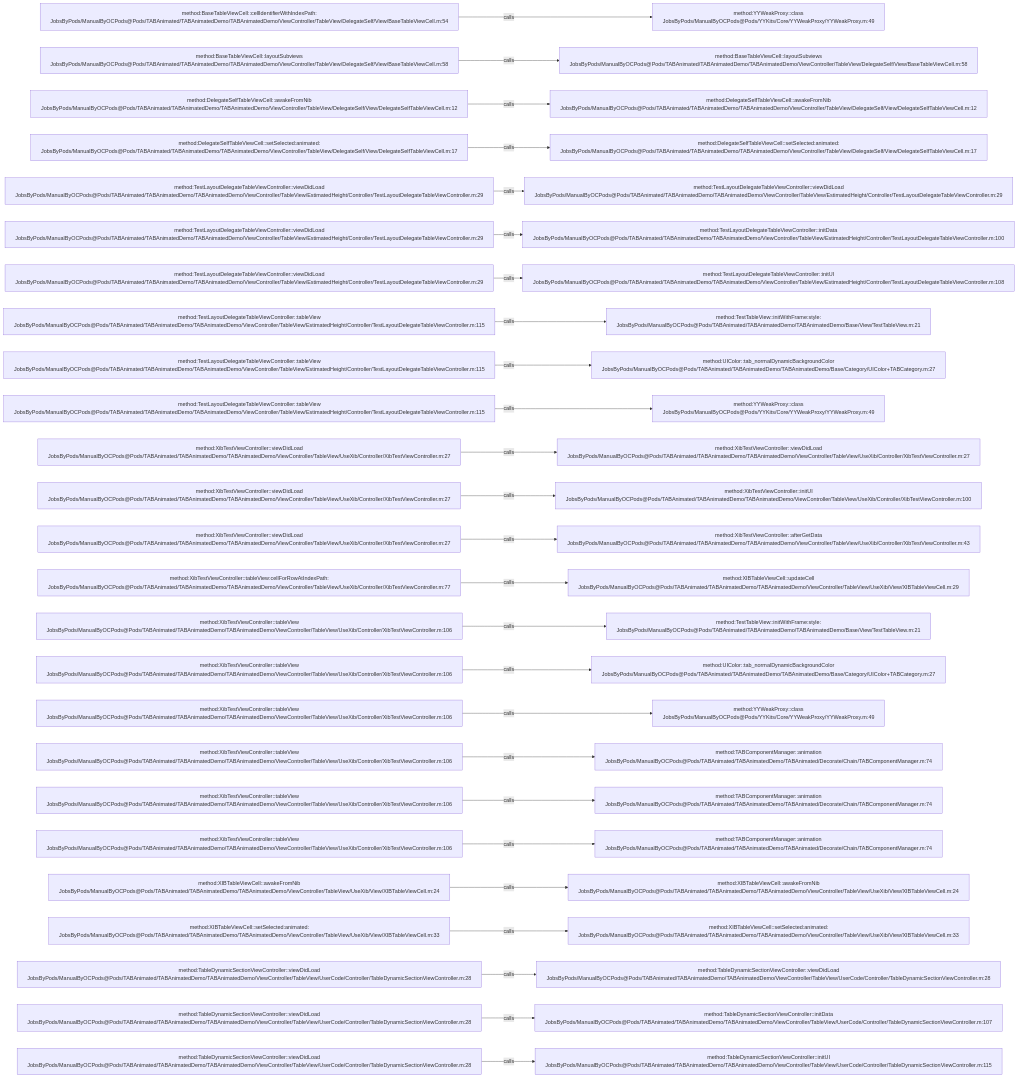
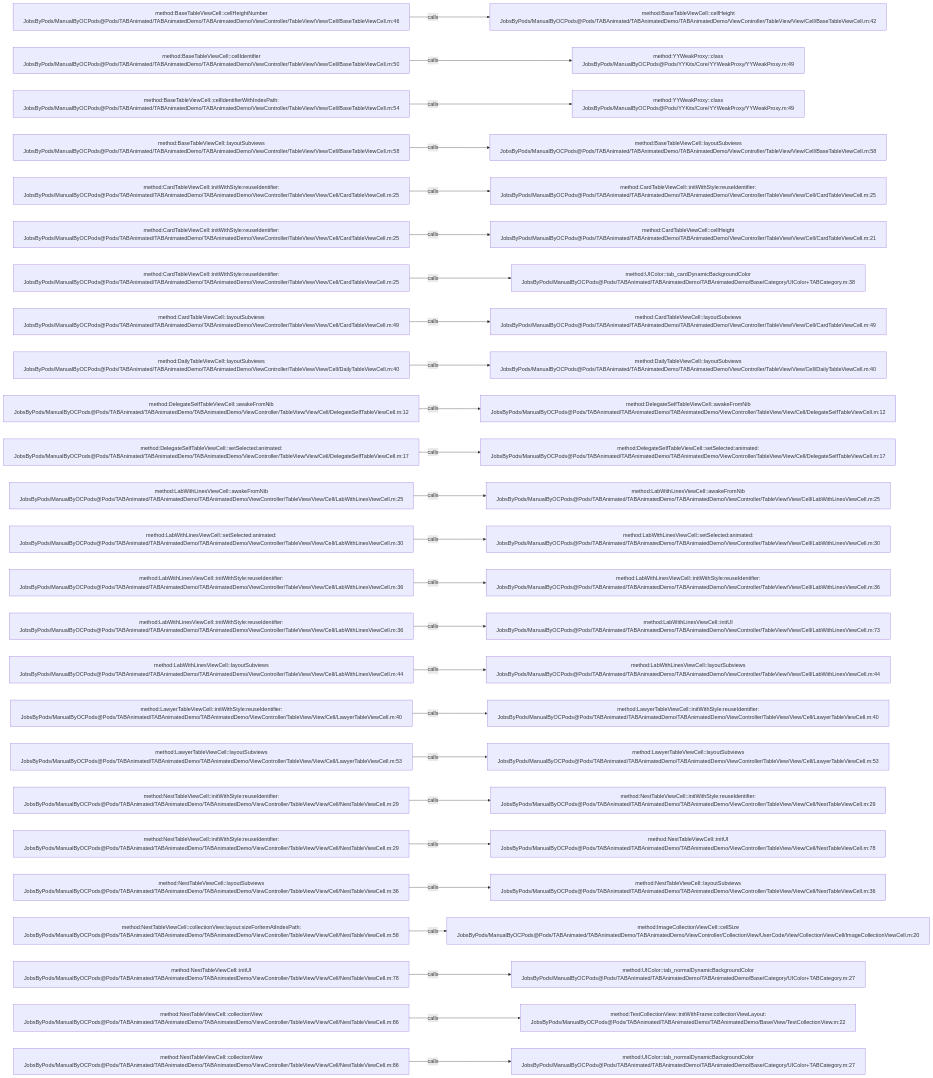
The diagram in .codegraph/codegraph.md/graphs/calls-065.md (JobsKits/JobsOCBaseConfigDemo), drawn with Mermaid before and after one commit. The commit also changed 1353 other files, not shown here.

````diff
--- a/.codegraph/codegraph.md/graphs/calls-065.md
+++ b/.codegraph/codegraph.md/graphs/calls-065.md
@@ -13,78 +13,78 @@
 ```mermaid
 flowchart LR
-  S1["method:BaseTableViewCell::cellIdentifierWithIndexPath:<br/>JobsByPods/ManualByOCPods@Pods/TABAnimated/TABAnimatedDemo/TABAnimatedDemo/ViewController/TableView/DelegateSelf/View/BaseTableViewCell.m:54"]
-  T1["method:YYWeakProxy::class<br/>JobsByPods/ManualByOCPods@Pods/YYKits/Core/YYWeakProxy/YYWeakProxy.m:49"]
+  S1["method:BaseTableViewCell::cellHeightNumber<br/>JobsByPods/ManualByOCPods@Pods/TABAnimated/TABAnimatedDemo/TABAnimatedDemo/ViewController/TableView/View/Cell/BaseTableViewCell.m:46"]
+  T1["method:BaseTableViewCell::cellHeight<br/>JobsByPods/ManualByOCPods@Pods/TABAnimated/TABAnimatedDemo/TABAnimatedDemo/ViewController/TableView/View/Cell/BaseTableViewCell.m:42"]
   S1 -->|calls| T1
-  S2["method:BaseTableViewCell::layoutSubviews<br/>JobsByPods/ManualByOCPods@Pods/TABAnimated/TABAnimatedDemo/TABAnimatedDemo/ViewController/TableView/DelegateSelf/View/BaseTableViewCell.m:58"]
-  T2["method:BaseTableViewCell::layoutSubviews<br/>JobsByPods/ManualByOCPods@Pods/TABAnimated/TABAnimatedDemo/TABAnimatedDemo/ViewController/TableView/DelegateSelf/View/BaseTableViewCell.m:58"]
+  S2["method:BaseTableViewCell::cellIdentifier<br/>JobsByPods/ManualByOCPods@Pods/TABAnimated/TABAnimatedDemo/TABAnimatedDemo/ViewController/TableView/View/Cell/BaseTableViewCell.m:50"]
+  T2["method:YYWeakProxy::class<br/>JobsByPods/ManualByOCPods@Pods/YYKits/Core/YYWeakProxy/YYWeakProxy.m:49"]
   S2 -->|calls| T2
-  S3["method:DelegateSelfTableViewCell::awakeFromNib<br/>JobsByPods/ManualByOCPods@Pods/TABAnimated/TABAnimatedDemo/TABAnimatedDemo/ViewController/TableView/DelegateSelf/View/DelegateSelfTableViewCell.m:12"]
-  T3["method:DelegateSelfTableViewCell::awakeFromNib<br/>JobsByPods/ManualByOCPods@Pods/TABAnimated/TABAnimatedDemo/TABAnimatedDemo/ViewController/TableView/DelegateSelf/View/DelegateSelfTableViewCell.m:12"]
+  S3["method:BaseTableViewCell::cellIdentifierWithIndexPath:<br/>JobsByPods/ManualByOCPods@Pods/TABAnimated/TABAnimatedDemo/TABAnimatedDemo/ViewController/TableView/View/Cell/BaseTableViewCell.m:54"]
+  T3["method:YYWeakProxy::class<br/>JobsByPods/ManualByOCPods@Pods/YYKits/Core/YYWeakProxy/YYWeakProxy.m:49"]
   S3 -->|calls| T3
-  S4["method:DelegateSelfTableViewCell::setSelected:animated:<br/>JobsByPods/ManualByOCPods@Pods/TABAnimated/TABAnimatedDemo/TABAnimatedDemo/ViewController/TableView/DelegateSelf/View/DelegateSelfTableViewCell.m:17"]
-  T4["method:DelegateSelfTableViewCell::setSelected:animated:<br/>JobsByPods/ManualByOCPods@Pods/TABAnimated/TABAnimatedDemo/TABAnimatedDemo/ViewController/TableView/DelegateSelf/View/DelegateSelfTableViewCell.m:17"]
+  S4["method:BaseTableViewCell::layoutSubviews<br/>JobsByPods/ManualByOCPods@Pods/TABAnimated/TABAnimatedDemo/TABAnimatedDemo/ViewController/TableView/View/Cell/BaseTableViewCell.m:58"]
+  T4["method:BaseTableViewCell::layoutSubviews<br/>JobsByPods/ManualByOCPods@Pods/TABAnimated/TABAnimatedDemo/TABAnimatedDemo/ViewController/TableView/View/Cell/BaseTableViewCell.m:58"]
   S4 -->|calls| T4
-  S5["method:TestLayoutDelegateTableViewController::viewDidLoad<br/>JobsByPods/ManualByOCPods@Pods/TABAnimated/TABAnimatedDemo/TABAnimatedDemo/ViewController/TableView/EstimatedHeight/Controller/TestLayoutDelegateTableViewController.m:29"]
-  T5["method:TestLayoutDelegateTableViewController::viewDidLoad<br/>JobsByPods/ManualByOCPods@Pods/TABAnimated/TABAnimatedDemo/TABAnimatedDemo/ViewController/TableView/EstimatedHeight/Controller/TestLayoutDelegateTableViewController.m:29"]
+  S5["method:CardTableViewCell::initWithStyle:reuseIdentifier:<br/>JobsByPods/ManualByOCPods@Pods/TABAnimated/TABAnimatedDemo/TABAnimatedDemo/ViewController/TableView/View/Cell/CardTableViewCell.m:25"]
+  T5["method:CardTableViewCell::initWithStyle:reuseIdentifier:<br/>JobsByPods/ManualByOCPods@Pods/TABAnimated/TABAnimatedDemo/TABAnimatedDemo/ViewController/TableView/View/Cell/CardTableViewCell.m:25"]
   S5 -->|calls| T5
-  S6["method:TestLayoutDelegateTableViewController::viewDidLoad<br/>JobsByPods/ManualByOCPods@Pods/TABAnimated/TABAnimatedDemo/TABAnimatedDemo/ViewController/TableView/EstimatedHeight/Controller/TestLayoutDelegateTableViewController.m:29"]
-  T6["method:TestLayoutDelegateTableViewController::initData<br/>JobsByPods/ManualByOCPods@Pods/TABAnimated/TABAnimatedDemo/TABAnimatedDemo/ViewController/TableView/EstimatedHeight/Controller/TestLayoutDelegateTableViewController.m:100"]
+  S6["method:CardTableViewCell::initWithStyle:reuseIdentifier:<br/>JobsByPods/ManualByOCPods@Pods/TABAnimated/TABAnimatedDemo/TABAnimatedDemo/ViewController/TableView/View/Cell/CardTableViewCell.m:25"]
+  T6["method:CardTableViewCell::cellHeight<br/>JobsByPods/ManualByOCPods@Pods/TABAnimated/TABAnimatedDemo/TABAnimatedDemo/ViewController/TableView/View/Cell/CardTableViewCell.m:21"]
   S6 -->|calls| T6
-  S7["method:TestLayoutDelegateTableViewController::viewDidLoad<br/>JobsByPods/ManualByOCPods@Pods/TABAnimated/TABAnimatedDemo/TABAnimatedDemo/ViewController/TableView/EstimatedHeight/Controller/TestLayoutDelegateTableViewController.m:29"]
-  T7["method:TestLayoutDelegateTableViewController::initUI<br/>JobsByPods/ManualByOCPods@Pods/TABAnimated/TABAnimatedDemo/TABAnimatedDemo/ViewController/TableView/EstimatedHeight/Controller/TestLayoutDelegateTableViewController.m:108"]
+  S7["method:CardTableViewCell::initWithStyle:reuseIdentifier:<br/>JobsByPods/ManualByOCPods@Pods/TABAnimated/TABAnimatedDemo/TABAnimatedDemo/ViewController/TableView/View/Cell/CardTableViewCell.m:25"]
+  T7["method:UIColor::tab_cardDynamicBackgroundColor<br/>JobsByPods/ManualByOCPods@Pods/TABAnimated/TABAnimatedDemo/TABAnimatedDemo/Base/Category/UIColor+TABCategory.m:38"]
   S7 -->|calls| T7
-  S8["method:TestLayoutDelegateTableViewController::tableView<br/>JobsByPods/ManualByOCPods@Pods/TABAnimated/TABAnimatedDemo/TABAnimatedDemo/ViewController/TableView/EstimatedHeight/Controller/TestLayoutDelegateTableViewController.m:115"]
-  T8["method:TestTableView::initWithFrame:style:<br/>JobsByPods/ManualByOCPods@Pods/TABAnimated/TABAnimatedDemo/TABAnimatedDemo/Base/View/TestTableView.m:21"]
+  S8["method:CardTableViewCell::layoutSubviews<br/>JobsByPods/ManualByOCPods@Pods/TABAnimated/TABAnimatedDemo/TABAnimatedDemo/ViewController/TableView/View/Cell/CardTableViewCell.m:49"]
+  T8["method:CardTableViewCell::layoutSubviews<br/>JobsByPods/ManualByOCPods@Pods/TABAnimated/TABAnimatedDemo/TABAnimatedDemo/ViewController/TableView/View/Cell/CardTableViewCell.m:49"]
   S8 -->|calls| T8
-  S9["method:TestLayoutDelegateTableViewController::tableView<br/>JobsByPods/ManualByOCPods@Pods/TABAnimated/TABAnimatedDemo/TABAnimatedDemo/ViewController/TableView/EstimatedHeight/Controller/TestLayoutDelegateTableViewController.m:115"]
-  T9["method:UIColor::tab_normalDynamicBackgroundColor<br/>JobsByPods/ManualByOCPods@Pods/TABAnimated/TABAnimatedDemo/TABAnimatedDemo/Base/Category/UIColor+TABCategory.m:27"]
+  S9["method:DailyTableViewCell::layoutSubviews<br/>JobsByPods/ManualByOCPods@Pods/TABAnimated/TABAnimatedDemo/TABAnimatedDemo/ViewController/TableView/View/Cell/DailyTableViewCell.m:40"]
+  T9["method:DailyTableViewCell::layoutSubviews<br/>JobsByPods/ManualByOCPods@Pods/TABAnimated/TABAnimatedDemo/TABAnimatedDemo/ViewController/TableView/View/Cell/DailyTableViewCell.m:40"]
   S9 -->|calls| T9
-  S10["method:TestLayoutDelegateTableViewController::tableView<br/>JobsByPods/ManualByOCPods@Pods/TABAnimated/TABAnimatedDemo/TABAnimatedDemo/ViewController/TableView/EstimatedHeight/Controller/TestLayoutDelegateTableViewController.m:115"]
-  T10["method:YYWeakProxy::class<br/>JobsByPods/ManualByOCPods@Pods/YYKits/Core/YYWeakProxy/YYWeakProxy.m:49"]
+  S10["method:DelegateSelfTableViewCell::awakeFromNib<br/>JobsByPods/ManualByOCPods@Pods/TABAnimated/TABAnimatedDemo/TABAnimatedDemo/ViewController/TableView/View/Cell/DelegateSelfTableViewCell.m:12"]
+  T10["method:DelegateSelfTableViewCell::awakeFromNib<br/>JobsByPods/ManualByOCPods@Pods/TABAnimated/TABAnimatedDemo/TABAnimatedDemo/ViewController/TableView/View/Cell/DelegateSelfTableViewCell.m:12"]
   S10 -->|calls| T10
-  S11["method:XibTestViewController::viewDidLoad<br/>JobsByPods/ManualByOCPods@Pods/TABAnimated/TABAnimatedDemo/TABAnimatedDemo/ViewController/TableView/UseXib/Controller/XibTestViewController.m:27"]
-  T11["method:XibTestViewController::viewDidLoad<br/>JobsByPods/ManualByOCPods@Pods/TABAnimated/TABAnimatedDemo/TABAnimatedDemo/ViewController/TableView/UseXib/Controller/XibTestViewController.m:27"]
+  S11["method:DelegateSelfTableViewCell::setSelected:animated:<br/>JobsByPods/ManualByOCPods@Pods/TABAnimated/TABAnimatedDemo/TABAnimatedDemo/ViewController/TableView/View/Cell/DelegateSelfTableViewCell.m:17"]
+  T11["method:DelegateSelfTableViewCell::setSelected:animated:<br/>JobsByPods/ManualByOCPods@Pods/TABAnimated/TABAnimatedDemo/TABAnimatedDemo/ViewController/TableView/View/Cell/DelegateSelfTableViewCell.m:17"]
   S11 -->|calls| T11
-  S12["method:XibTestViewController::viewDidLoad<br/>JobsByPods/ManualByOCPods@Pods/TABAnimated/TABAnimatedDemo/TABAnimatedDemo/ViewController/TableView/UseXib/Controller/XibTestViewController.m:27"]
-  T12["method:XibTestViewController::initUI<br/>JobsByPods/ManualByOCPods@Pods/TABAnimated/TABAnimatedDemo/TABAnimatedDemo/ViewController/TableView/UseXib/Controller/XibTestViewController.m:100"]
+  S12["method:LabWithLinesViewCell::awakeFromNib<br/>JobsByPods/ManualByOCPods@Pods/TABAnimated/TABAnimatedDemo/TABAnimatedDemo/ViewController/TableView/View/Cell/LabWithLinesViewCell.m:25"]
+  T12["method:LabWithLinesViewCell::awakeFromNib<br/>JobsByPods/ManualByOCPods@Pods/TABAnimated/TABAnimatedDemo/TABAnimatedDemo/ViewController/TableView/View/Cell/LabWithLinesViewCell.m:25"]
   S12 -->|calls| T12
-  S13["method:XibTestViewController::viewDidLoad<br/>JobsByPods/ManualByOCPods@Pods/TABAnimated/TABAnimatedDemo/TABAnimatedDemo/ViewController/TableView/UseXib/Controller/XibTestViewController.m:27"]
-  T13["method:XibTestViewController::afterGetData<br/>JobsByPods/ManualByOCPods@Pods/TABAnimated/TABAnimatedDemo/TABAnimatedDemo/ViewController/TableView/UseXib/Controller/XibTestViewController.m:43"]
+  S13["method:LabWithLinesViewCell::setSelected:animated:<br/>JobsByPods/ManualByOCPods@Pods/TABAnimated/TABAnimatedDemo/TABAnimatedDemo/ViewController/TableView/View/Cell/LabWithLinesViewCell.m:30"]
+  T13["method:LabWithLinesViewCell::setSelected:animated:<br/>JobsByPods/ManualByOCPods@Pods/TABAnimated/TABAnimatedDemo/TABAnimatedDemo/ViewController/TableView/View/Cell/LabWithLinesViewCell.m:30"]
   S13 -->|calls| T13
-  S14["method:XibTestViewController::tableView:cellForRowAtIndexPath:<br/>JobsByPods/ManualByOCPods@Pods/TABAnimated/TABAnimatedDemo/TABAnimatedDemo/ViewController/TableView/UseXib/Controller/XibTestViewController.m:77"]
-  T14["method:XIBTableViewCell::updateCell<br/>JobsByPods/ManualByOCPods@Pods/TABAnimated/TABAnimatedDemo/TABAnimatedDemo/ViewController/TableView/UseXib/View/XIBTableViewCell.m:29"]
+  S14["method:LabWithLinesViewCell::initWithStyle:reuseIdentifier:<br/>JobsByPods/ManualByOCPods@Pods/TABAnimated/TABAnimatedDemo/TABAnimatedDemo/ViewController/TableView/View/Cell/LabWithLinesViewCell.m:36"]
+  T14["method:LabWithLinesViewCell::initWithStyle:reuseIdentifier:<br/>JobsByPods/ManualByOCPods@Pods/TABAnimated/TABAnimatedDemo/TABAnimatedDemo/ViewController/TableView/View/Cell/LabWithLinesViewCell.m:36"]
   S14 -->|calls| T14
-  S15["method:XibTestViewController::tableView<br/>JobsByPods/ManualByOCPods@Pods/TABAnimated/TABAnimatedDemo/TABAnimatedDemo/ViewController/TableView/UseXib/Controller/XibTestViewController.m:106"]
-  T15["method:TestTableView::initWithFrame:style:<br/>JobsByPods/ManualByOCPods@Pods/TABAnimated/TABAnimatedDemo/TABAnimatedDemo/Base/View/TestTableView.m:21"]
+  S15["method:LabWithLinesViewCell::initWithStyle:reuseIdentifier:<br/>JobsByPods/ManualByOCPods@Pods/TABAnimated/TABAnimatedDemo/TABAnimatedDemo/ViewController/TableView/View/Cell/LabWithLinesViewCell.m:36"]
+  T15["method:LabWithLinesViewCell::initUI<br/>JobsByPods/ManualByOCPods@Pods/TABAnimated/TABAnimatedDemo/TABAnimatedDemo/ViewController/TableView/View/Cell/LabWithLinesViewCell.m:73"]
   S15 -->|calls| T15
-  S16["method:XibTestViewController::tableView<br/>JobsByPods/ManualByOCPods@Pods/TABAnimated/TABAnimatedDemo/TABAnimatedDemo/ViewController/TableView/UseXib/Controller/XibTestViewController.m:106"]
-  T16["method:UIColor::tab_normalDynamicBackgroundColor<br/>JobsByPods/ManualByOCPods@Pods/TABAnimated/TABAnimatedDemo/TABAnimatedDemo/Base/Category/UIColor+TABCategory.m:27"]
+  S16["method:LabWithLinesViewCell::layoutSubviews<br/>JobsByPods/ManualByOCPods@Pods/TABAnimated/TABAnimatedDemo/TABAnimatedDemo/ViewController/TableView/View/Cell/LabWithLinesViewCell.m:44"]
+  T16["method:LabWithLinesViewCell::layoutSubviews<br/>JobsByPods/ManualByOCPods@Pods/TABAnimated/TABAnimatedDemo/TABAnimatedDemo/ViewController/TableView/View/Cell/LabWithLinesViewCell.m:44"]
   S16 -->|calls| T16
-  S17["method:XibTestViewController::tableView<br/>JobsByPods/ManualByOCPods@Pods/TABAnimated/TABAnimatedDemo/TABAnimatedDemo/ViewController/TableView/UseXib/Controller/XibTestViewController.m:106"]
-  T17["method:YYWeakProxy::class<br/>JobsByPods/ManualByOCPods@Pods/YYKits/Core/YYWeakProxy/YYWeakProxy.m:49"]
+  S17["method:LawyerTableViewCell::initWithStyle:reuseIdentifier:<br/>JobsByPods/ManualByOCPods@Pods/TABAnimated/TABAnimatedDemo/TABAnimatedDemo/ViewController/TableView/View/Cell/LawyerTableViewCell.m:40"]
+  T17["method:LawyerTableViewCell::initWithStyle:reuseIdentifier:<br/>JobsByPods/ManualByOCPods@Pods/TABAnimated/TABAnimatedDemo/TABAnimatedDemo/ViewController/TableView/View/Cell/LawyerTableViewCell.m:40"]
   S17 -->|calls| T17
-  S18["method:XibTestViewController::tableView<br/>JobsByPods/ManualByOCPods@Pods/TABAnimated/TABAnimatedDemo/TABAnimatedDemo/ViewController/TableView/UseXib/Controller/XibTestViewController.m:106"]
-  T18["method:TABComponentManager::animation<br/>JobsByPods/ManualByOCPods@Pods/TABAnimated/TABAnimatedDemo/TABAnimated/Decorate/Chain/TABComponentManager.m:74"]
+  S18["method:LawyerTableViewCell::layoutSubviews<br/>JobsByPods/ManualByOCPods@Pods/TABAnimated/TABAnimatedDemo/TABAnimatedDemo/ViewController/TableView/View/Cell/LawyerTableViewCell.m:53"]
+  T18["method:LawyerTableViewCell::layoutSubviews<br/>JobsByPods/ManualByOCPods@Pods/TABAnimated/TABAnimatedDemo/TABAnimatedDemo/ViewController/TableView/View/Cell/LawyerTableViewCell.m:53"]
   S18 -->|calls| T18
-  S19["method:XibTestViewController::tableView<br/>JobsByPods/ManualByOCPods@Pods/TABAnimated/TABAnimatedDemo/TABAnimatedDemo/ViewController/TableView/UseXib/Controller/XibTestViewController.m:106"]
-  T19["method:TABComponentManager::animation<br/>JobsByPods/ManualByOCPods@Pods/TABAnimated/TABAnimatedDemo/TABAnimated/Decorate/Chain/TABComponentManager.m:74"]
+  S19["method:NestTableViewCell::initWithStyle:reuseIdentifier:<br/>JobsByPods/ManualByOCPods@Pods/TABAnimated/TABAnimatedDemo/TABAnimatedDemo/ViewController/TableView/View/Cell/NestTableViewCell.m:29"]
+  T19["method:NestTableViewCell::initWithStyle:reuseIdentifier:<br/>JobsByPods/ManualByOCPods@Pods/TABAnimated/TABAnimatedDemo/TABAnimatedDemo/ViewController/TableView/View/Cell/NestTableViewCell.m:29"]
   S19 -->|calls| T19
-  S20["method:XibTestViewController::tableView<br/>JobsByPods/ManualByOCPods@Pods/TABAnimated/TABAnimatedDemo/TABAnimatedDemo/ViewController/TableView/UseXib/Controller/XibTestViewController.m:106"]
-  T20["method:TABComponentManager::animation<br/>JobsByPods/ManualByOCPods@Pods/TABAnimated/TABAnimatedDemo/TABAnimated/Decorate/Chain/TABComponentManager.m:74"]
+  S20["method:NestTableViewCell::initWithStyle:reuseIdentifier:<br/>JobsByPods/ManualByOCPods@Pods/TABAnimated/TABAnimatedDemo/TABAnimatedDemo/ViewController/TableView/View/Cell/NestTableViewCell.m:29"]
+  T20["method:NestTableViewCell::initUI<br/>JobsByPods/ManualByOCPods@Pods/TABAnimated/TABAnimatedDemo/TABAnimatedDemo/ViewController/TableView/View/Cell/NestTableViewCell.m:78"]
   S20 -->|calls| T20
-  S21["method:XIBTableViewCell::awakeFromNib<br/>JobsByPods/ManualByOCPods@Pods/TABAnimated/TABAnimatedDemo/TABAnimatedDemo/ViewController/TableView/UseXib/View/XIBTableViewCell.m:24"]
-  T21["method:XIBTableViewCell::awakeFromNib<br/>JobsByPods/ManualByOCPods@Pods/TABAnimated/TABAnimatedDemo/TABAnimatedDemo/ViewController/TableView/UseXib/View/XIBTableViewCell.m:24"]
+  S21["method:NestTableViewCell::layoutSubviews<br/>JobsByPods/ManualByOCPods@Pods/TABAnimated/TABAnimatedDemo/TABAnimatedDemo/ViewController/TableView/View/Cell/NestTableViewCell.m:36"]
+  T21["method:NestTableViewCell::layoutSubviews<br/>JobsByPods/ManualByOCPods@Pods/TABAnimated/TABAnimatedDemo/TABAnimatedDemo/ViewController/TableView/View/Cell/NestTableViewCell.m:36"]
   S21 -->|calls| T21
-  S22["method:XIBTableViewCell::setSelected:animated:<br/>JobsByPods/ManualByOCPods@Pods/TABAnimated/TABAnimatedDemo/TABAnimatedDemo/ViewController/TableView/UseXib/View/XIBTableViewCell.m:33"]
-  T22["method:XIBTableViewCell::setSelected:animated:<br/>JobsByPods/ManualByOCPods@Pods/TABAnimated/TABAnimatedDemo/TABAnimatedDemo/ViewController/TableView/UseXib/View/XIBTableViewCell.m:33"]
+  S22["method:NestTableViewCell::collectionView:layout:sizeForItemAtIndexPath:<br/>JobsByPods/ManualByOCPods@Pods/TABAnimated/TABAnimatedDemo/TABAnimatedDemo/ViewController/TableView/View/Cell/NestTableViewCell.m:58"]
+  T22["method:ImageCollectionViewCell::cellSize<br/>JobsByPods/ManualByOCPods@Pods/TABAnimated/TABAnimatedDemo/TABAnimatedDemo/ViewController/CollectionView/UserCode/View/CollectionViewCell/ImageCollectionViewCell.m:20"]
   S22 -->|calls| T22
-  S23["method:TableDynamicSectionViewController::viewDidLoad<br/>JobsByPods/ManualByOCPods@Pods/TABAnimated/TABAnimatedDemo/TABAnimatedDemo/ViewController/TableView/UserCode/Controller/TableDynamicSectionViewController.m:28"]
-  T23["method:TableDynamicSectionViewController::viewDidLoad<br/>JobsByPods/ManualByOCPods@Pods/TABAnimated/TABAnimatedDemo/TABAnimatedDemo/ViewController/TableView/UserCode/Controller/TableDynamicSectionViewController.m:28"]
+  S23["method:NestTableViewCell::initUI<br/>JobsByPods/ManualByOCPods@Pods/TABAnimated/TABAnimatedDemo/TABAnimatedDemo/ViewController/TableView/View/Cell/NestTableViewCell.m:78"]
+  T23["method:UIColor::tab_normalDynamicBackgroundColor<br/>JobsByPods/ManualByOCPods@Pods/TABAnimated/TABAnimatedDemo/TABAnimatedDemo/Base/Category/UIColor+TABCategory.m:27"]
   S23 -->|calls| T23
-  S24["method:TableDynamicSectionViewController::viewDidLoad<br/>JobsByPods/ManualByOCPods@Pods/TABAnimated/TABAnimatedDemo/TABAnimatedDemo/ViewController/TableView/UserCode/Controller/TableDynamicSectionViewController.m:28"]
-  T24["method:TableDynamicSectionViewController::initData<br/>JobsByPods/ManualByOCPods@Pods/TABAnimated/TABAnimatedDemo/TABAnimatedDemo/ViewController/TableView/UserCode/Controller/TableDynamicSectionViewController.m:107"]
+  S24["method:NestTableViewCell::collectionView<br/>JobsByPods/ManualByOCPods@Pods/TABAnimated/TABAnimatedDemo/TABAnimatedDemo/ViewController/TableView/View/Cell/NestTableViewCell.m:86"]
+  T24["method:TestCollectionView::initWithFrame:collectionViewLayout:<br/>JobsByPods/ManualByOCPods@Pods/TABAnimated/TABAnimatedDemo/TABAnimatedDemo/Base/View/TestCollectionView.m:22"]
   S24 -->|calls| T24
-  S25["method:TableDynamicSectionViewController::viewDidLoad<br/>JobsByPods/ManualByOCPods@Pods/TABAnimated/TABAnimatedDemo/TABAnimatedDemo/ViewController/TableView/UserCode/Controller/TableDynamicSectionViewController.m:28"]
-  T25["method:TableDynamicSectionViewController::initUI<br/>JobsByPods/ManualByOCPods@Pods/TABAnimated/TABAnimatedDemo/TABAnimatedDemo/ViewController/TableView/UserCode/Controller/TableDynamicSectionViewController.m:115"]
+  S25["method:NestTableViewCell::collectionView<br/>JobsByPods/ManualByOCPods@Pods/TABAnimated/TABAnimatedDemo/TABAnimatedDemo/ViewController/TableView/View/Cell/NestTableViewCell.m:86"]
+  T25["method:UIColor::tab_normalDynamicBackgroundColor<br/>JobsByPods/ManualByOCPods@Pods/TABAnimated/TABAnimatedDemo/TABAnimatedDemo/Base/Category/UIColor+TABCategory.m:27"]
   S25 -->|calls| T25
 ```
````
